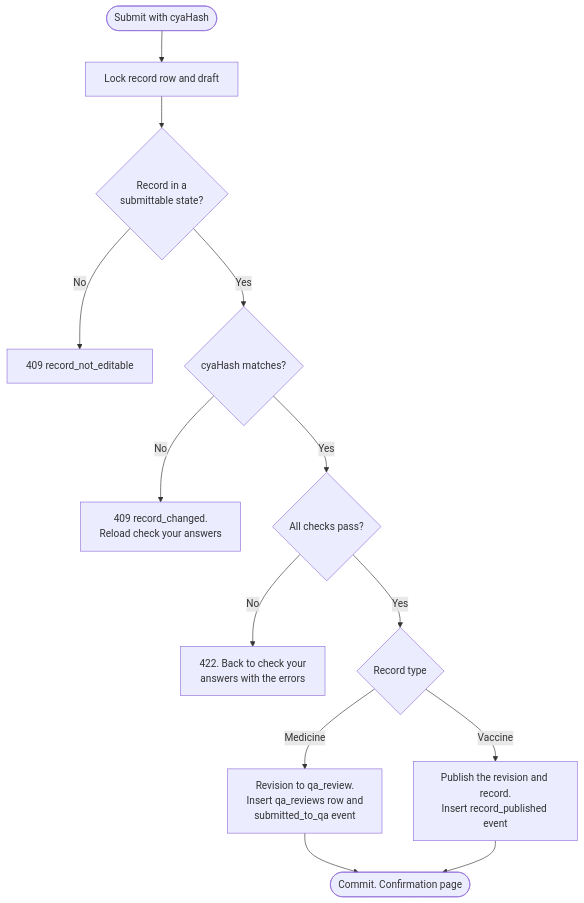
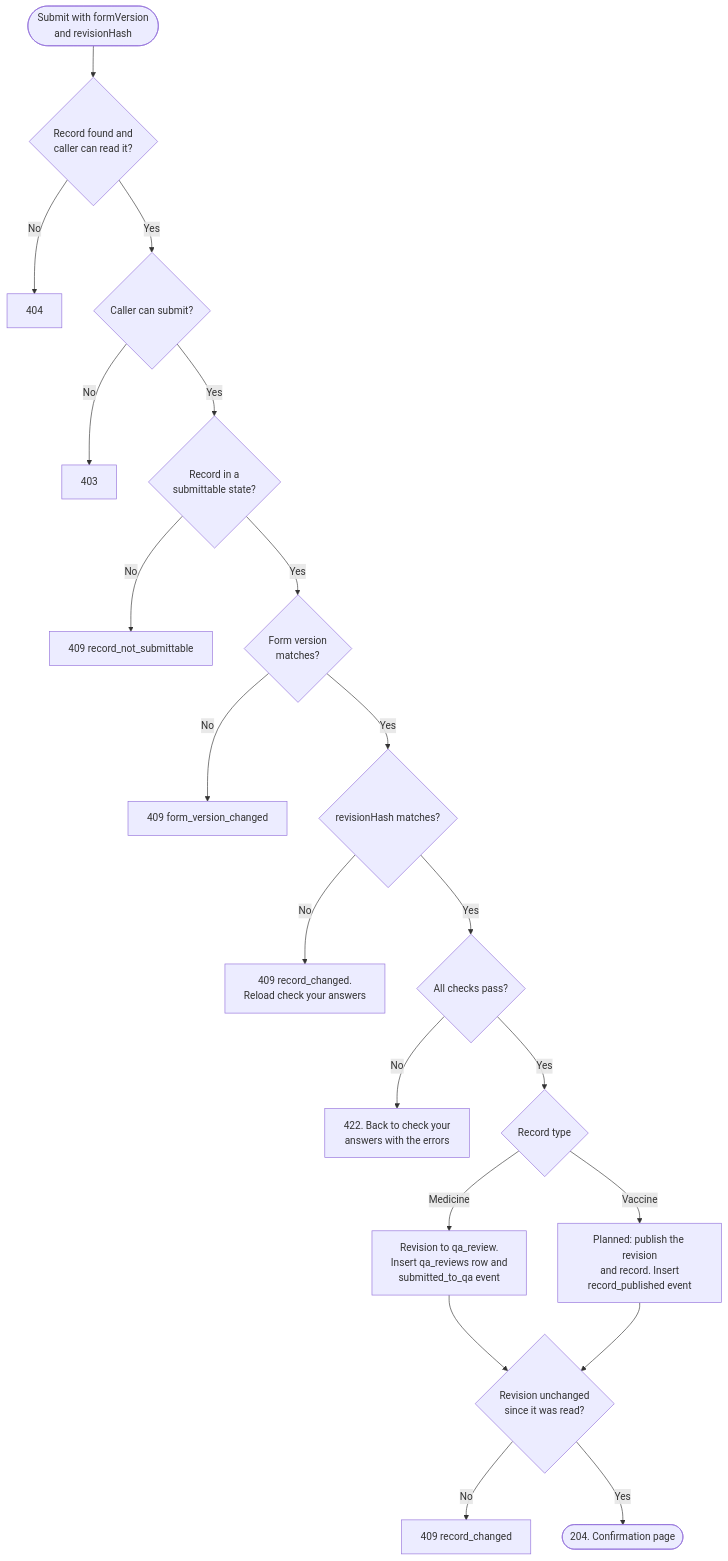
Before and after one commit to ditnice/aws-UKPS: the second of 2 diagrams in documentation/records/validation-and-concurrency.md, drawn with Mermaid. The commit also changed other lines of this file and 1 other file, not shown here.

````diff
--- a/documentation/records/validation-and-concurrency.md
+++ b/documentation/records/validation-and-concurrency.md
@@ -96,15 +106,22 @@
 ```mermaid
 flowchart TD
-    S([Submit with cyaHash]) --> L[Lock record row and draft]
-    L --> ST{Record in a<br/>submittable state?}
-    ST -- No --> E0[409 record_not_editable]
-    ST -- Yes --> D{cyaHash matches?}
+    S([Submit with formVersion<br/>and revisionHash]) --> F{Record found and<br/>caller can read it?}
+    F -- No --> E5[404]
+    F -- Yes --> CS{Caller can submit?}
+    CS -- No --> E6[403]
+    CS -- Yes --> ST{Record in a<br/>submittable state?}
+    ST -- No --> E0[409 record_not_submittable]
+    ST -- Yes --> FV{Form version<br/>matches?}
+    FV -- No --> E4[409 form_version_changed]
+    FV -- Yes --> D{revisionHash matches?}
     D -- No --> E1[409 record_changed.<br/>Reload check your answers]
     D -- Yes --> C{All checks pass?}
     C -- No --> E2[422. Back to check your<br/>answers with the errors]
     C -- Yes --> T{Record type}
     T -- Medicine --> M["Revision to qa_review.<br/>Insert qa_reviews row and<br/>submitted_to_qa event"]
-    T -- Vaccine --> V["Publish the revision and record.<br/>Insert record_published event"]
-    M --> OK([Commit. Confirmation page])
-    V --> OK
+    T -- Vaccine --> V["Planned: publish the revision<br/>and record. Insert<br/>record_published event"]
+    M --> X{Revision unchanged<br/>since it was read?}
+    V --> X
+    X -- No --> E3[409 record_changed]
+    X -- Yes --> OK([204. Confirmation page])
 ```
````
